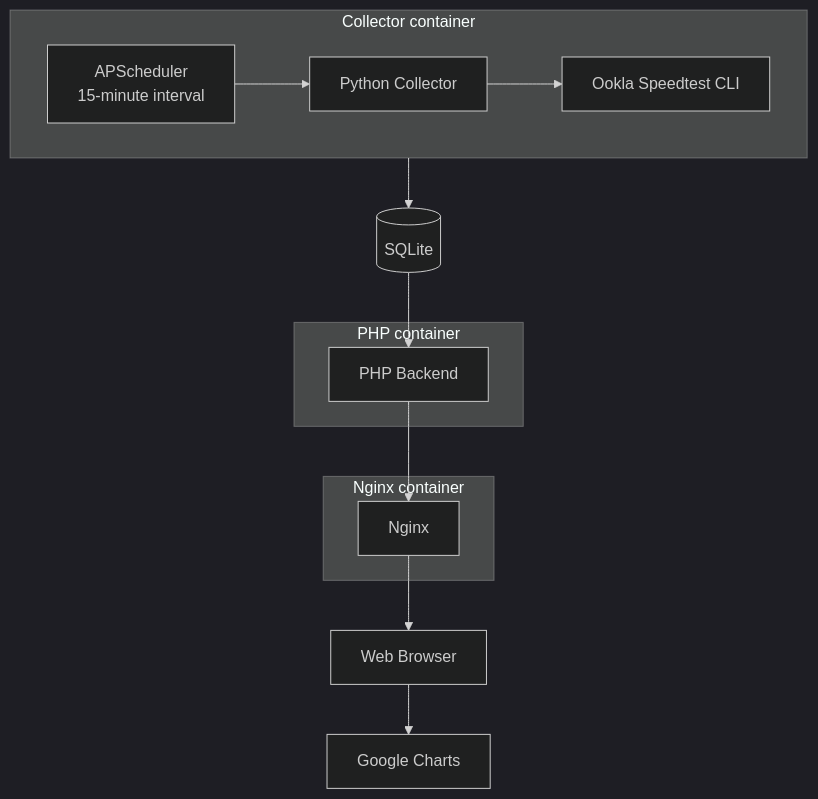
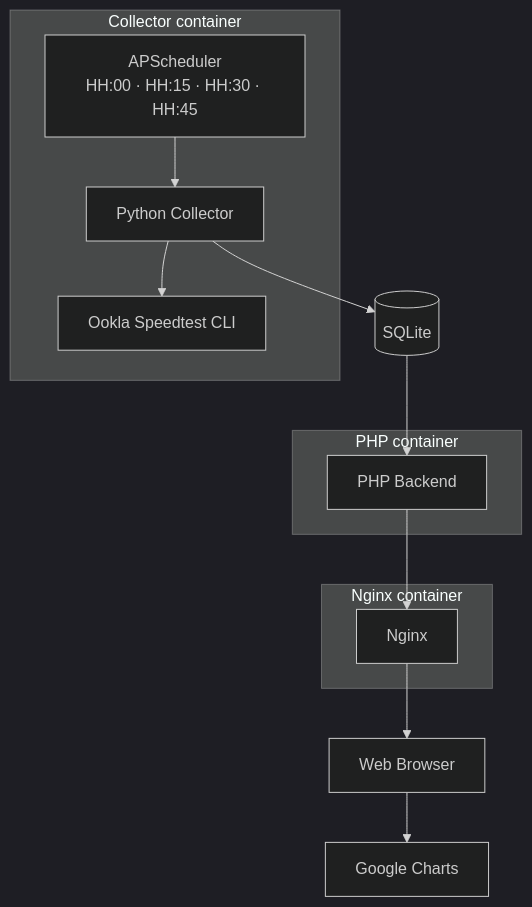
Before and after one commit to cristianCanek/speed_test: the third of 5 diagrams in ROADMAP.md, drawn with Mermaid (dark theme). The commit also changed other lines of this file and 2 other files, not shown here.

````diff
--- a/ROADMAP.md
+++ b/ROADMAP.md
@@ -105,30 +108,30 @@
 ```mermaid
 flowchart TB
     subgraph CollectorContainer["Collector container"]
-        Scheduler["APScheduler<br/>15-minute interval"]
+        Scheduler["APScheduler<br/>HH:00 · HH:15 · HH:30 · HH:45"]
         Collector["Python Collector"]
         Ookla["Ookla Speedtest CLI"]
 
         Scheduler --> Collector
         Collector --> Ookla
     end
 
     SQLite[("SQLite")]
 
     subgraph PHPContainer["PHP container"]
         PHP["PHP Backend"]
     end
 
     subgraph NginxContainer["Nginx container"]
         Nginx["Nginx"]
     end
 
     Browser["Web Browser"]
     Google["Google Charts"]
 
-    CollectorContainer --> SQLite
+    Collector --> SQLite
     SQLite --> PHP
     PHP --> Nginx
     Nginx --> Browser
     Browser --> Google
 ```
````
